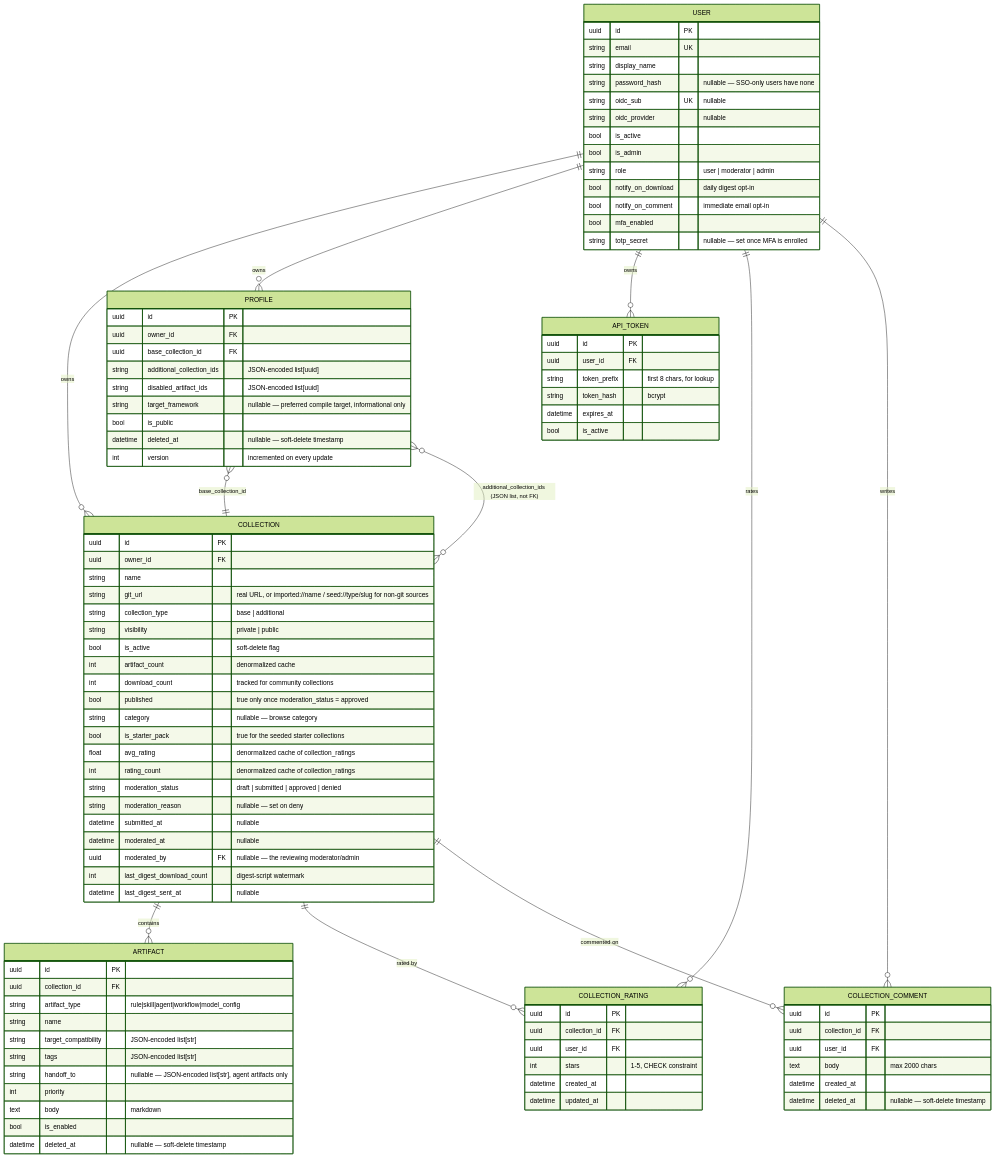
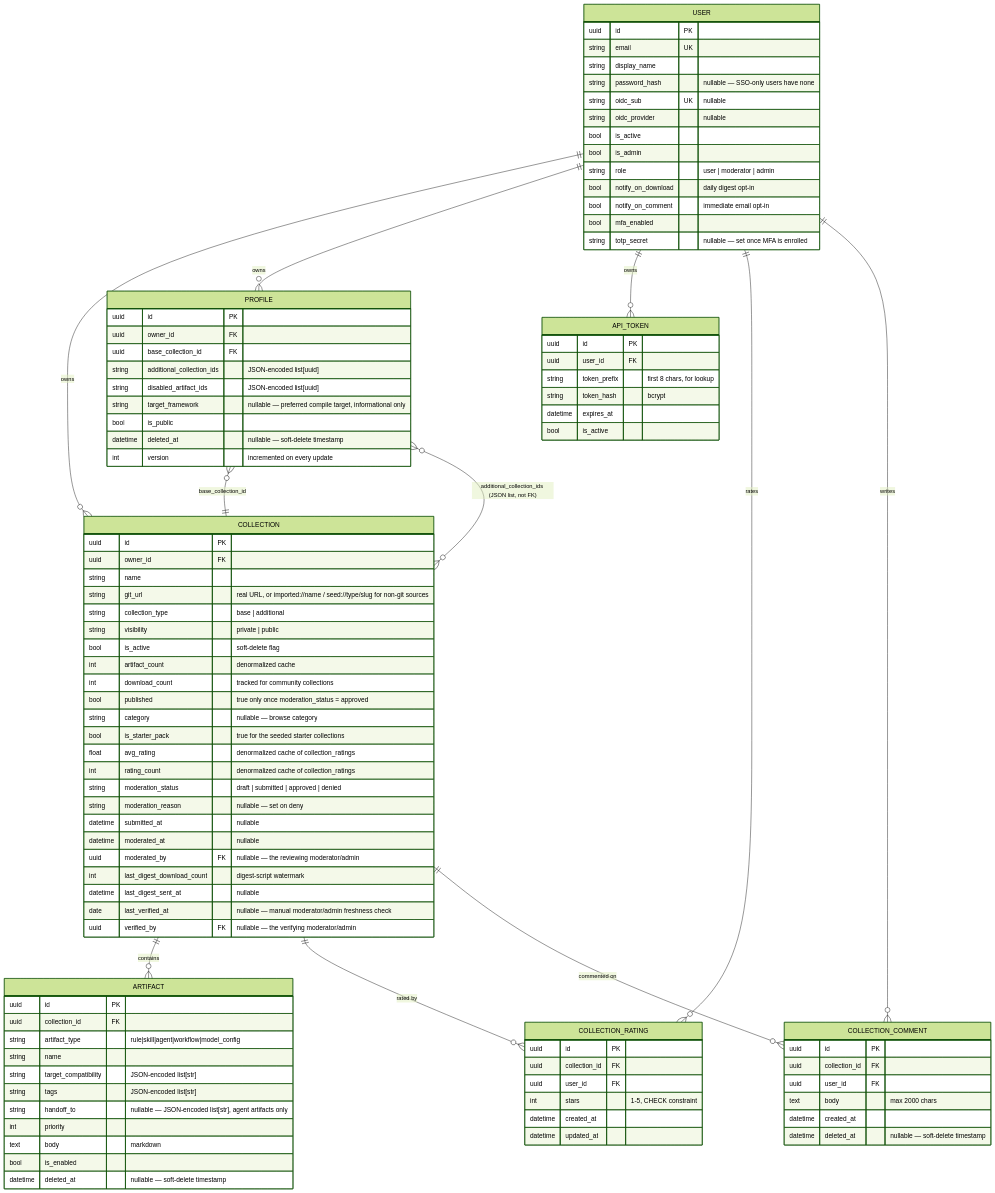
Before and after one commit to niels-emmer/myace: the diagram in docs/data-model.md, drawn with Mermaid (forest theme). The commit also changed other lines of this file and 62 other files, not shown here.

```diff
--- a/docs/data-model.md
+++ b/docs/data-model.md
@@ -56,6 +56,8 @@
         uuid moderated_by FK "nullable — the reviewing moderator/admin"
         int last_digest_download_count "digest-script watermark"
         datetime last_digest_sent_at "nullable"
+        date last_verified_at "nullable — manual moderator/admin freshness check"
+        uuid verified_by FK "nullable — the verifying moderator/admin"
     }
     ARTIFACT {
         uuid id PK
```
